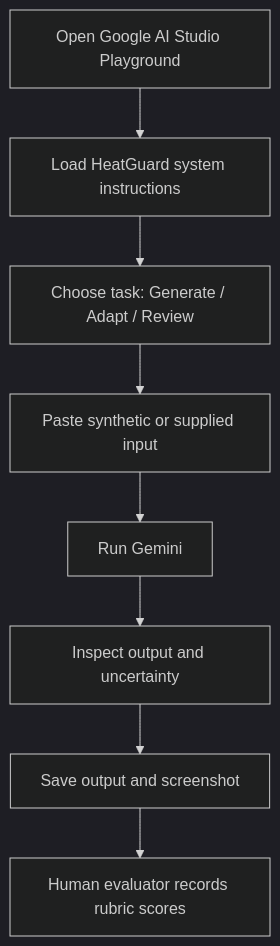
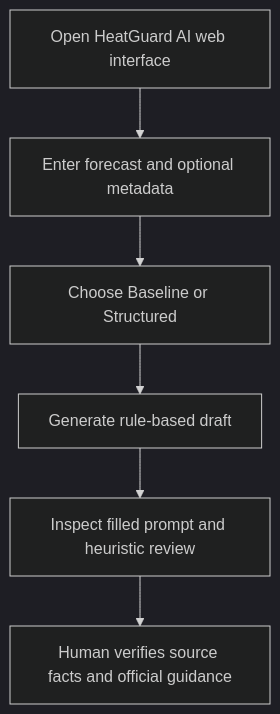
One commit to ramanjaneyareddy15/heatguard-ai-g15 changed the diagram in docs/diagrams/screen_flow.mmd. Above: the diagram before and after it, drawn with Mermaid (dark theme).

Commit message:
Align HeatGuard documentation with Baseline and Structured options

```diff
--- a/docs/diagrams/screen_flow.mmd
+++ b/docs/diagrams/screen_flow.mmd
@@ -1,8 +1,6 @@
 flowchart TD
- A[Open Google AI Studio Playground] --> B[Load HeatGuard system instructions]
- B --> C[Choose task: Generate / Adapt / Review]
- C --> D[Paste synthetic or supplied input]
- D --> E[Run Gemini]
- E --> F[Inspect output and uncertainty]
- F --> G[Save output and screenshot]
- G --> H[Human evaluator records rubric scores]
+ A[Open HeatGuard AI web interface] --> B[Enter forecast and optional metadata]
+ B --> C[Choose Baseline or Structured]
+ C --> D[Generate rule-based draft]
+ D --> E[Inspect filled prompt and heuristic review]
+ E --> F[Human verifies source facts and official guidance]
```
